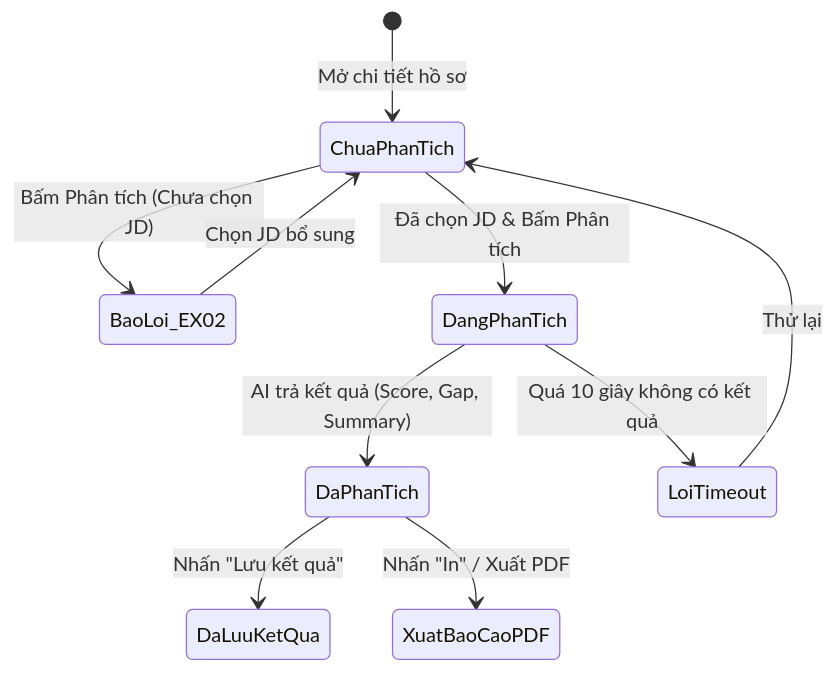
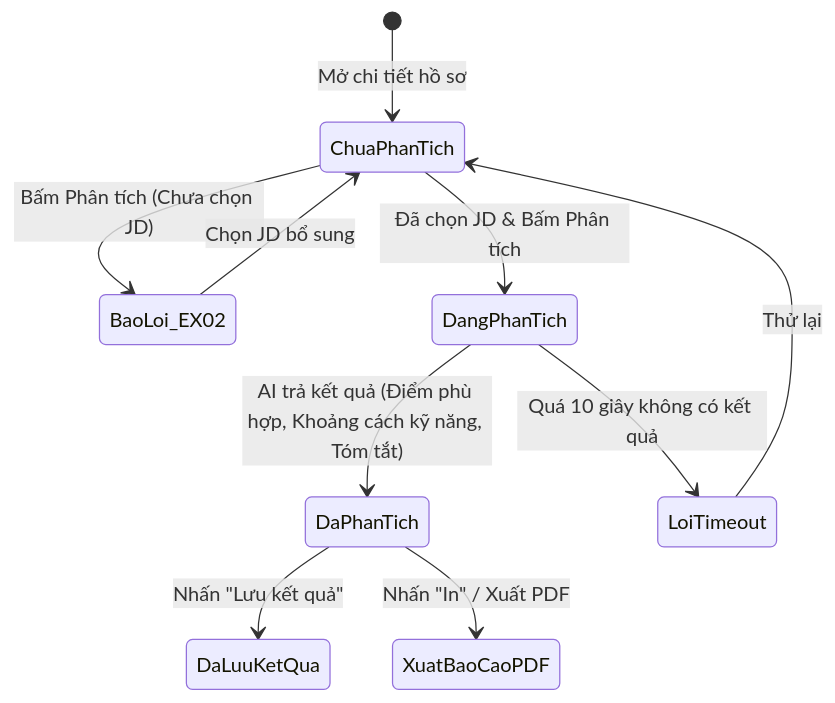
Before and after one commit to pvduy23052005/cse462-testing: the second of 2 diagrams in use-case/TC_UC07_QuanLyVaPhanTichHoSo.md, drawn with Mermaid. The commit also changed other lines of this file and 5 other files, not shown here.

````diff
--- a/use-case/TC_UC07_QuanLyVaPhanTichHoSo.md
+++ b/use-case/TC_UC07_QuanLyVaPhanTichHoSo.md
@@ -137,12 +137,12 @@
 ```mermaid
 stateDiagram-v2
     [*] --> ChuaPhanTich: Mở chi tiết hồ sơ
     ChuaPhanTich --> BaoLoi_EX02: Bấm Phân tích (Chưa chọn JD)
     BaoLoi_EX02 --> ChuaPhanTich: Chọn JD bổ sung
     ChuaPhanTich --> DangPhanTich: Đã chọn JD & Bấm Phân tích
-    DangPhanTich --> DaPhanTich: AI trả kết quả (Score, Gap, Summary)
+    DangPhanTich --> DaPhanTich: AI trả kết quả (Điểm phù hợp, Khoảng cách kỹ năng, Tóm tắt)
     DangPhanTich --> LoiTimeout: Quá 10 giây không có kết quả
     LoiTimeout --> ChuaPhanTich: Thử lại
     DaPhanTich --> DaLuuKetQua: Nhấn "Lưu kết quả"
     DaPhanTich --> XuatBaoCaoPDF: Nhấn "In" / Xuất PDF
 ```
````
